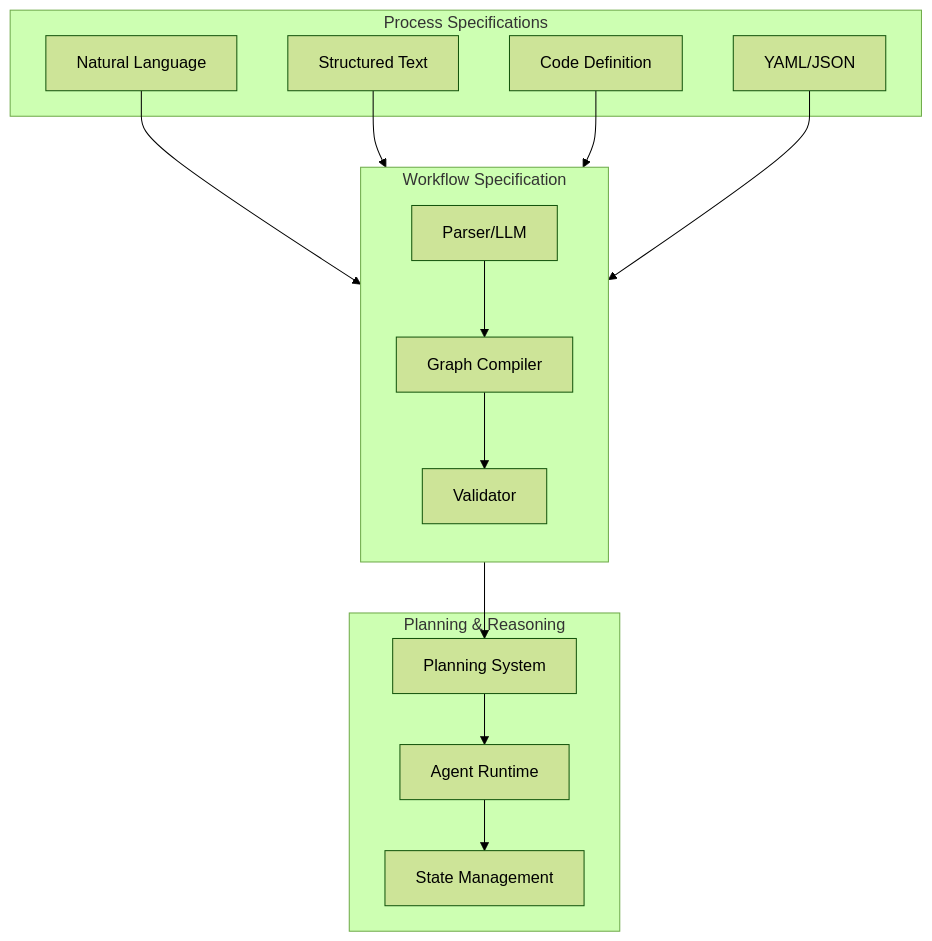
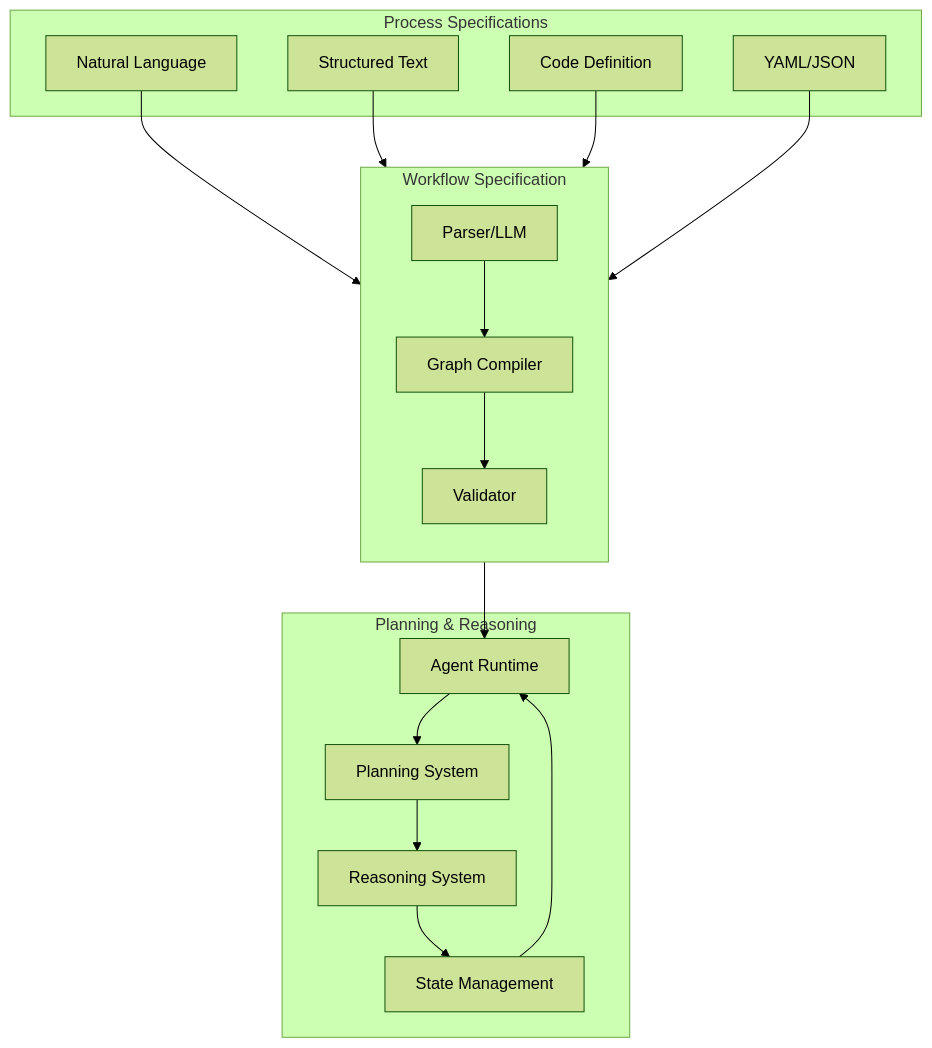
One commit to aitomatic/dana changed the first of 2 diagrams in dxa/core/workflow/README.md. Above: the diagram before and after it, drawn with Mermaid (forest theme).

Commit message:
Update diagram

````diff
--- a/dxa/core/workflow/README.md
+++ b/dxa/core/workflow/README.md
@@ -15,35 +15,38 @@
 ```mermaid
 graph TB
     subgraph Inputs ["Process Specifications"]
         NL[Natural Language]
         STT[Structured Text]
         CD[Code Definition]
         YM[YAML/JSON]
     end
     
     subgraph Workflow ["Workflow Specification"]
         direction TB
         P[Parser/LLM]
         G[Graph Compiler]
         V[Validator]
         
         P --> G
         G --> V
     end
     
     subgraph Execution ["Planning & Reasoning"]
+        AG[Agent Runtime]
         PL[Planning System]
-        AG[Agent Runtime]
+        RS[Reasoning System]
         ST[State Management]
     end
     
-    V --> PL
-    PL --> AG
-    AG --> ST
+    V --> AG
+    AG --> PL
+    PL --> RS
+    RS --> ST
+    ST --> AG
     
     %% Input connections
     NL --> P
     STT --> P
     CD --> P
     YM --> P
 ```
````
